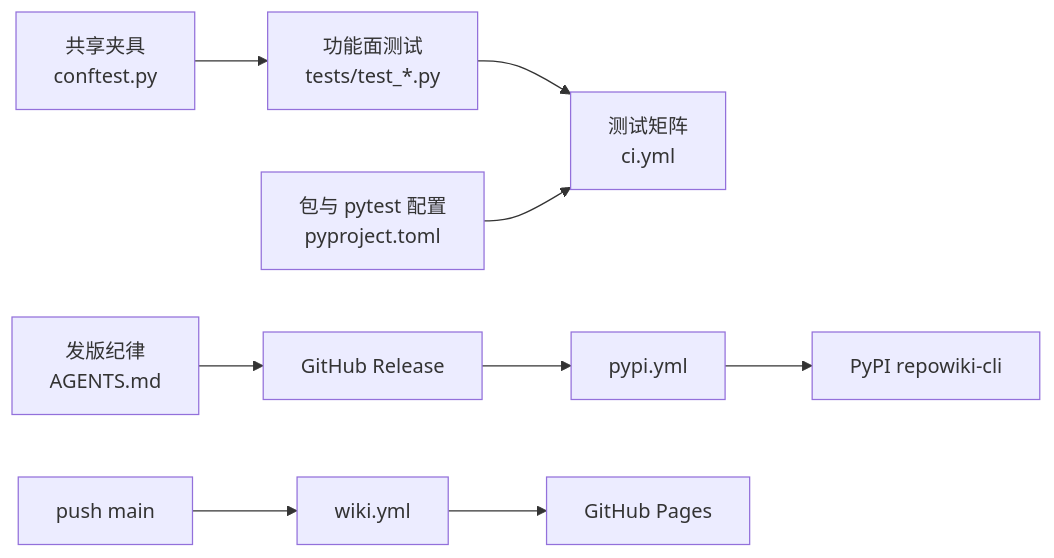
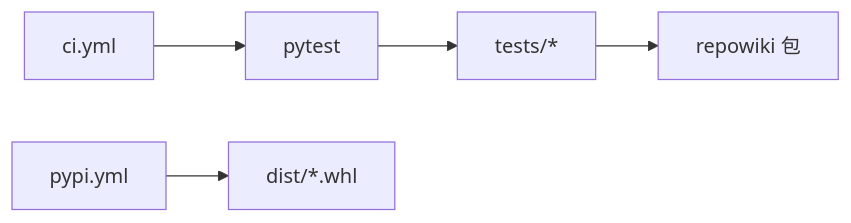
One commit to luomsis/repowiki changed the second of 2 diagrams in .repowiki/zh/content/测试与工程化/测试与工程化.md. Above: the diagram before and after it, drawn with Mermaid. The commit also changed other lines of this file and 100 other files, not shown here.

````diff
--- a/.repowiki/zh/content/测试与工程化/测试与工程化.md
+++ b/.repowiki/zh/content/测试与工程化/测试与工程化.md
@@ -185,11 +104,7 @@
 ```mermaid
 graph LR
-CONF["共享夹具<br/>conftest.py"] --> TESTS["功能面测试<br/>tests/test_*.py"]
-TESTS --> CI["测试矩阵<br/>ci.yml"]
-PROJ["包与 pytest 配置<br/>pyproject.toml"] --> CI
-AGENTS["发版纪律<br/>AGENTS.md"] --> REL["GitHub Release"]
-REL --> PYPI["pypi.yml"]
-PYPI --> PYPIORG["PyPI repowiki-cli"]
-PUSH["push main"] --> WIKI["wiki.yml"]
-WIKI --> PAGES["GitHub Pages"]
+A["pytest"] --> B["tests/*"]
+B --> C["repowiki 包"]
+D["ci.yml"] --> A
+E["pypi.yml"] --> F["dist/*.whl"]
 ```
````
